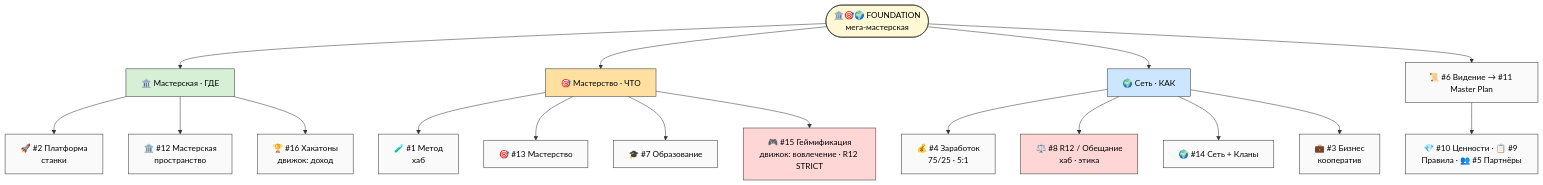
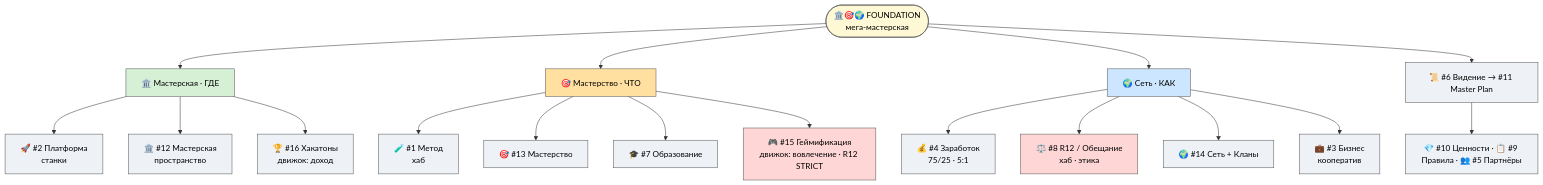
Before and after one commit to Bogersebekov/jetix-os: the diagram in partner-package/P-3-16-directions.md, drawn with Mermaid. The commit also changed 8 other files, not shown here.

Commit message:
[partner-package] mermaid fix — force light theme на всех 14 схемах (classDef default light fill + black text + hardened init/gantt vars; fixes black-on-black)

````diff
--- a/partner-package/P-3-16-directions.md
+++ b/partner-package/P-3-16-directions.md
@@ -29,32 +29,33 @@
 ```mermaid
-%%{init: {'theme':'base','themeVariables':{'background':'#ffffff','primaryColor':'#fafafa','primaryTextColor':'#000','textColor':'#000','lineColor':'#333','primaryBorderColor':'#333','noteBkgColor':'#fff8d5'}}}%%
+%%{init: {'theme':'base','themeVariables':{'background':'#ffffff','mainBkg':'#eef2f7','primaryColor':'#eef2f7','primaryTextColor':'#000','primaryBorderColor':'#555','secondaryColor':'#f5f5f5','tertiaryColor':'#ffffff','textColor':'#000','lineColor':'#333','edgeLabelBackground':'#ffffff','noteBkgColor':'#fff8d5','noteTextColor':'#000','clusterBkg':'#f5f5f5','clusterBorder':'#999','titleColor':'#000'}}}%%
 graph TB
+    classDef default fill:#eef2f7,stroke:#555,stroke-width:1px,color:#000;
     F([🏛️🎯🌍 FOUNDATION<br/>мега-мастерская])
     F --> WK[🏛️ Мастерская · ГДЕ]
     F --> MA[🎯 Мастерство · ЧТО]
     F --> NE[🌍 Сеть · КАК]
 
     WK --> D2[🚀 #2 Платформа<br/>станки]
     WK --> D12[🏛️ #12 Мастерская<br/>пространство]
     WK --> D16[🏆 #16 Хакатоны<br/>движок: доход]
 
     MA --> D1[🧪 #1 Метод<br/>хаб]
     MA --> D13[🎯 #13 Мастерство]
     MA --> D7[🎓 #7 Образование]
     MA --> D15[🎮 #15 Геймификация<br/>движок: вовлечение · R12 STRICT]
 
     NE --> D4[💰 #4 Заработок<br/>75/25 · 5:1]
     NE --> D8[⚖️ #8 R12 / Обещание<br/>хаб · этика]
     NE --> D14[🌍 #14 Сеть + Кланы]
     NE --> D3[💼 #3 Бизнес<br/>кооператив]
 
     F --> ARC[📜 #6 Видение → #11 Master Plan]
     ARC --> VAL[💎 #10 Ценности · 📋 #9 Правила · 👥 #5 Партнёры]
 
     style F fill:#fff8d5,color:#000
     style WK fill:#d6f0d6,color:#000
     style MA fill:#ffe0a0,color:#000
     style NE fill:#cce6ff,color:#000
     style D8 fill:#ffd6d6,color:#000
     style D15 fill:#ffd6d6,color:#000
 ```
````
